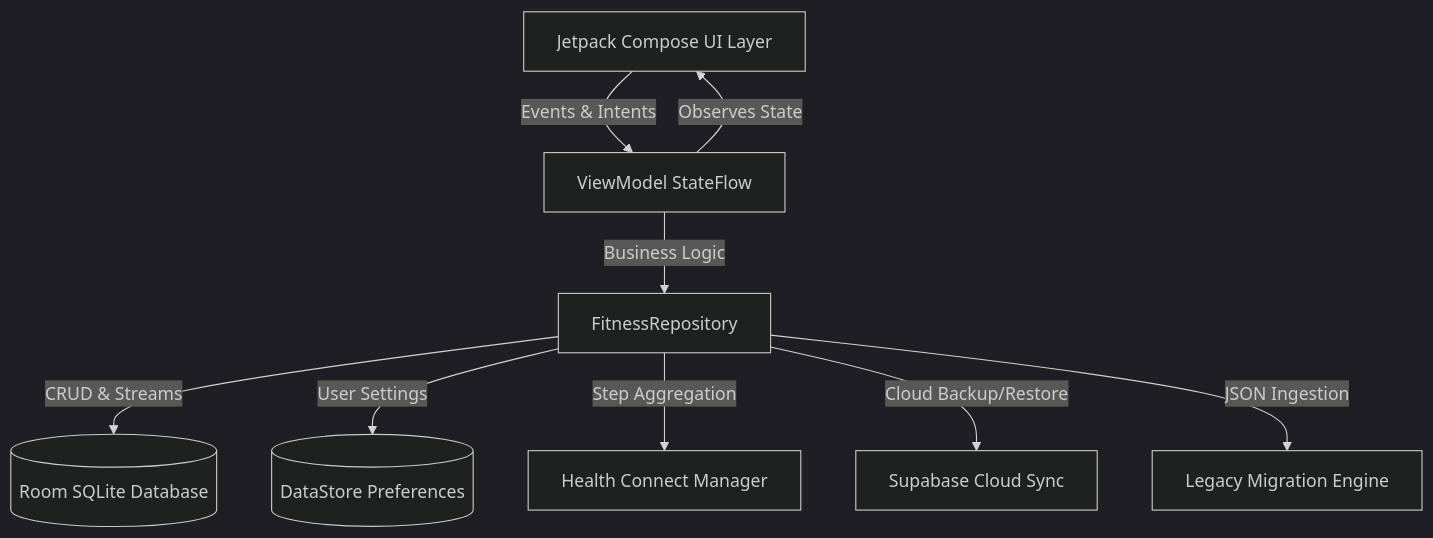
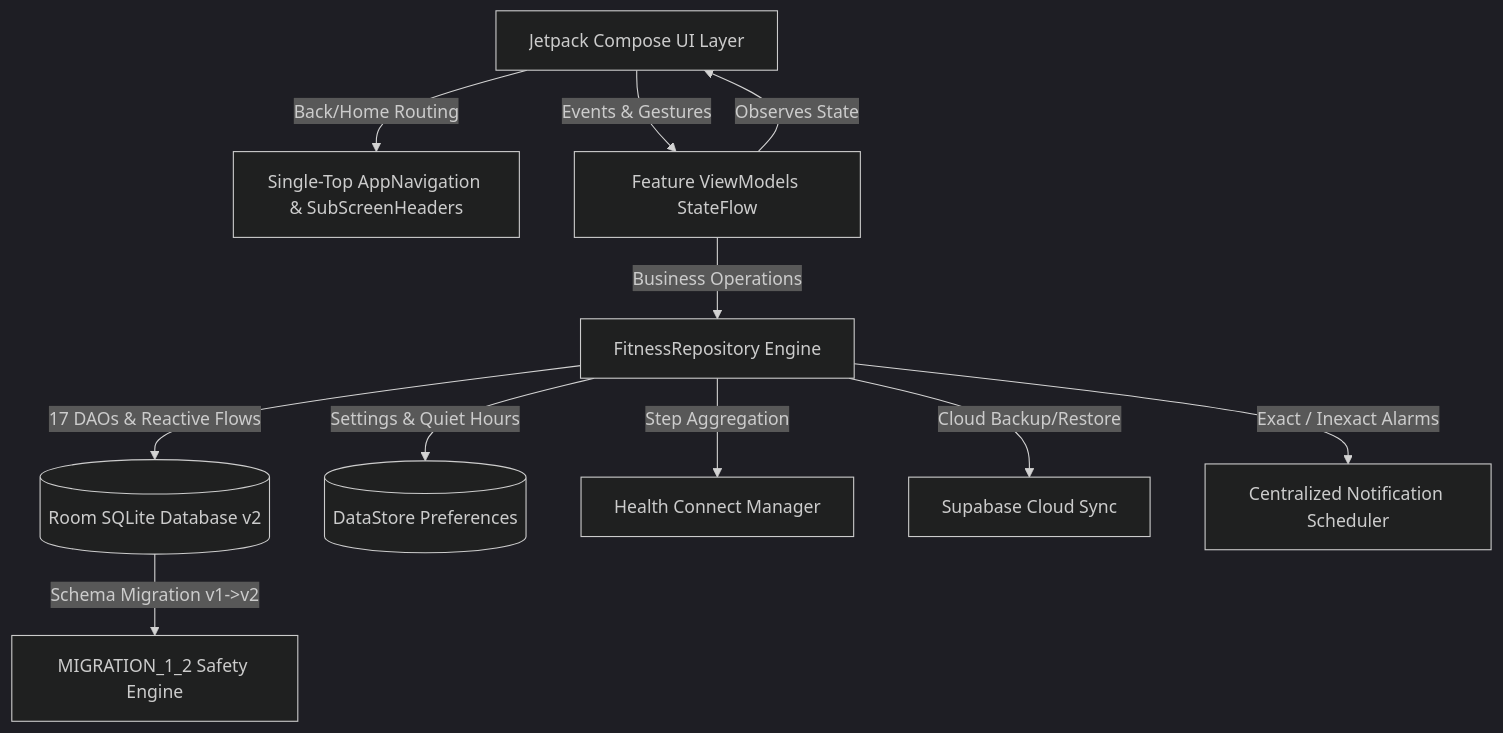
One commit to Vnagajagadeesh/fitness-1.0 changed the diagram in README.md. Above: the diagram before and after it, drawn with Mermaid (dark theme). The commit also changed other lines of this file and 67 other files, not shown here.

````diff
--- a/README.md
+++ b/README.md
@@ -51,20 +34,24 @@
 ```mermaid
 flowchart TD
     UI[Jetpack Compose UI Layer]
-    VM[ViewModel StateFlow]
-    REPO[FitnessRepository]
-    ROOM[(Room SQLite Database)]
+    NAV[Single-Top AppNavigation & SubScreenHeaders]
+    VM[Feature ViewModels StateFlow]
+    REPO[FitnessRepository Engine]
+    ROOM[(Room SQLite Database v2)]
+    MIG[MIGRATION_1_2 Safety Engine]
     DS[(DataStore Preferences)]
     HC[Health Connect Manager]
     SUPA[Supabase Cloud Sync]
-    MIG[Legacy Migration Engine]
+    NOTIF[Centralized Notification Scheduler]
 
-    UI -->|Events & Intents| VM
+    UI -->|Events & Gestures| VM
+    UI -->|Back/Home Routing| NAV
     VM -->|Observes State| UI
-    VM -->|Business Logic| REPO
-    REPO -->|CRUD & Streams| ROOM
-    REPO -->|User Settings| DS
+    VM -->|Business Operations| REPO
+    REPO -->|17 DAOs & Reactive Flows| ROOM
+    ROOM -->|Schema Migration v1->v2| MIG
+    REPO -->|Settings & Quiet Hours| DS
     REPO -->|Step Aggregation| HC
     REPO -->|Cloud Backup/Restore| SUPA
-    REPO -->|JSON Ingestion| MIG
+    REPO -->|Exact / Inexact Alarms| NOTIF
 ```
````
